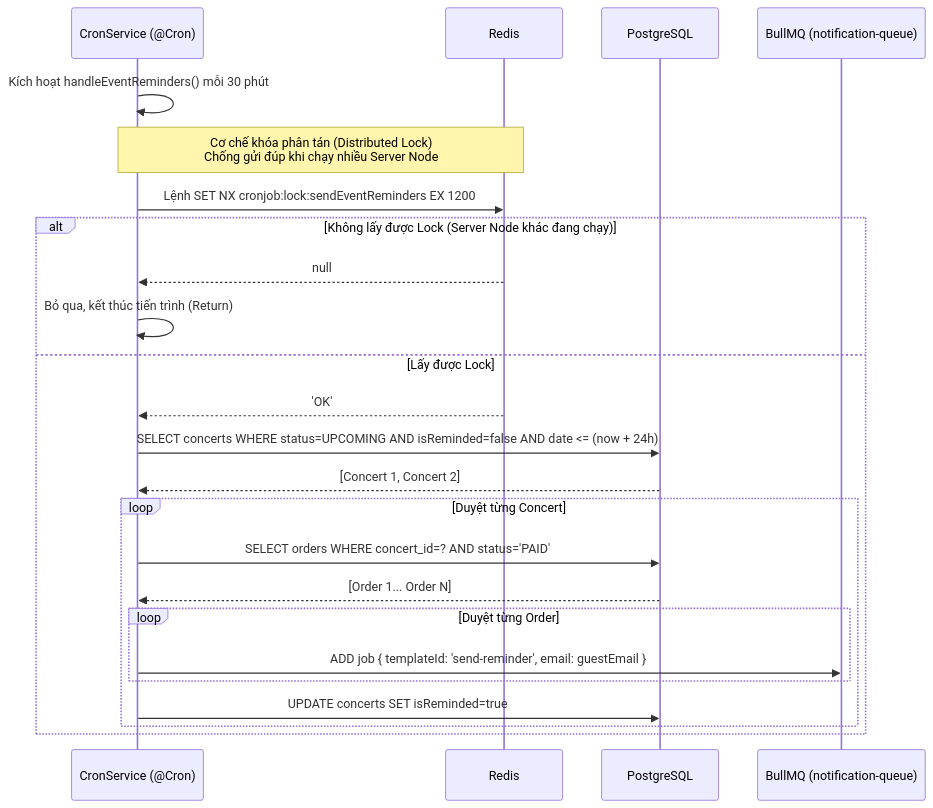
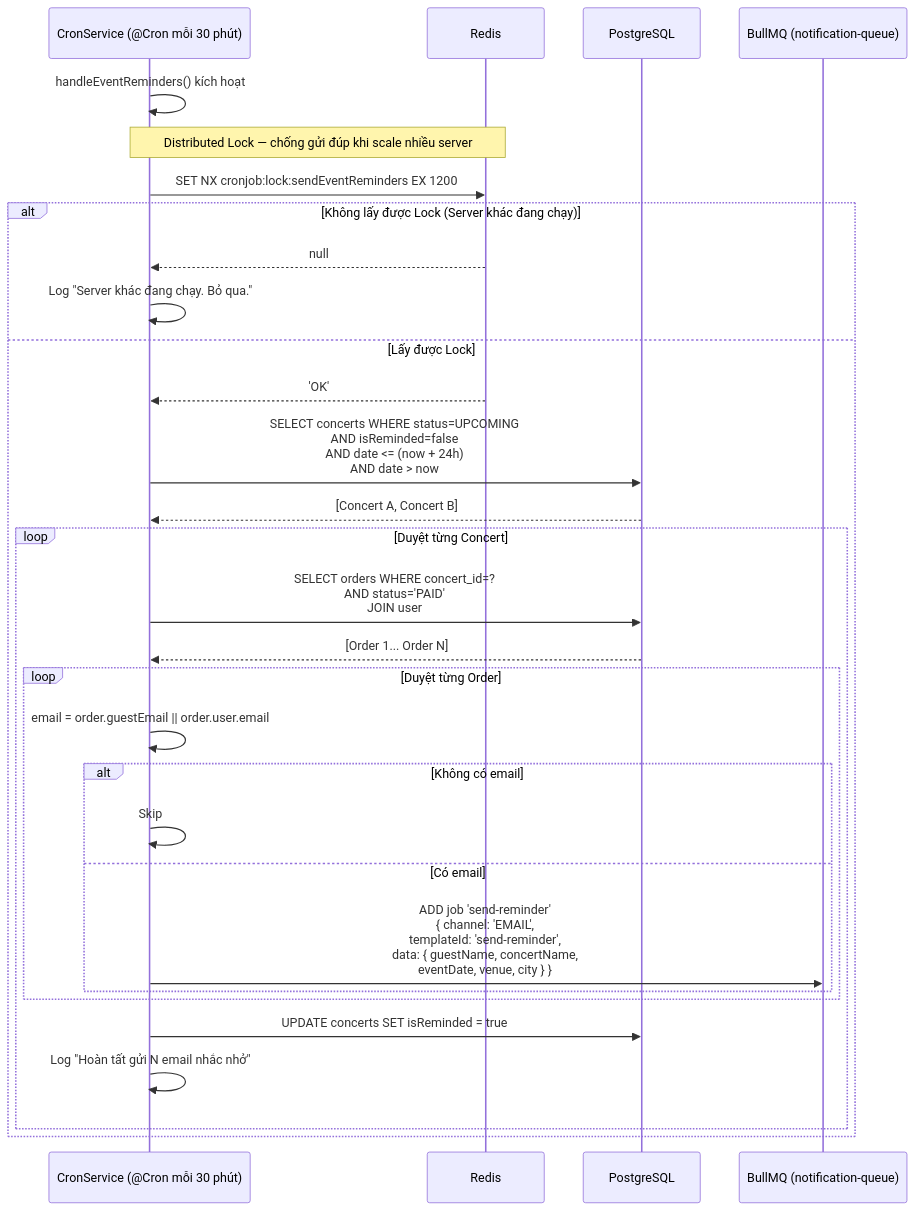
The fifth of 7 diagrams in blueprint/specs/notification.md (dorayakiiiiz/ticket-box), drawn with Mermaid before and after one commit. The commit also changed other lines of this file and 3 other files, not shown here.

````diff
--- a/blueprint/specs/notification.md
+++ b/blueprint/specs/notification.md
@@ -100,29 +209,37 @@
 ```mermaid
 sequenceDiagram
-    participant C as CronService (@Cron)
+    participant CRON as CronService (@Cron mỗi 30 phút)
     participant R as Redis
     participant DB as PostgreSQL
     participant Q as BullMQ (notification-queue)
 
-    C->>C: Kích hoạt handleEventReminders() mỗi 30 phút
-    Note over C,R: Cơ chế khóa phân tán (Distributed Lock)<br/>Chống gửi đúp khi chạy nhiều Server Node
-    C->>R: Lệnh SET NX cronjob:lock:sendEventReminders EX 1200
-    
-    alt Không lấy được Lock (Server Node khác đang chạy)
-        R-->>C: null
-        C->>C: Bỏ qua, kết thúc tiến trình (Return)
+    CRON->>CRON: handleEventReminders() kích hoạt
+
+    Note over CRON,R: Distributed Lock — chống gửi đúp khi scale nhiều server
+    CRON->>R: SET NX cronjob:lock:sendEventReminders EX 1200
+    alt Không lấy được Lock (Server khác đang chạy)
+        R-->>CRON: null
+        CRON->>CRON: Log "Server khác đang chạy. Bỏ qua."
     else Lấy được Lock
-        R-->>C: 'OK'
-        C->>DB: SELECT concerts WHERE status=UPCOMING AND isReminded=false AND date <= (now + 24h)
-        DB-->>C: [Concert 1, Concert 2]
-        
+        R-->>CRON: 'OK'
+        CRON->>DB: SELECT concerts WHERE status=UPCOMING<br/>AND isReminded=false<br/>AND date <= (now + 24h)<br/>AND date > now
+        DB-->>CRON: [Concert A, Concert B]
+
         loop Duyệt từng Concert
-            C->>DB: SELECT orders WHERE concert_id=? AND status='PAID'
-            DB-->>C: [Order 1... Order N]
+            CRON->>DB: SELECT orders WHERE concert_id=?<br/>AND status='PAID'<br/>JOIN user
+            DB-->>CRON: [Order 1... Order N]
+
             loop Duyệt từng Order
-                C->>Q: ADD job { templateId: 'send-reminder', email: guestEmail }
+                CRON->>CRON: email = order.guestEmail || order.user.email
+                alt Không có email
+                    CRON->>CRON: Skip
+                else Có email
+                    CRON->>Q: ADD job 'send-reminder'<br/>{ channel: 'EMAIL',<br/>templateId: 'send-reminder',<br/>data: { guestName, concertName,<br/>eventDate, venue, city } }
+                end
             end
-            C->>DB: UPDATE concerts SET isReminded=true
+
+            CRON->>DB: UPDATE concerts SET isReminded = true
+            CRON->>CRON: Log "Hoàn tất gửi N email nhắc nhở"
         end
     end
 ```
````
